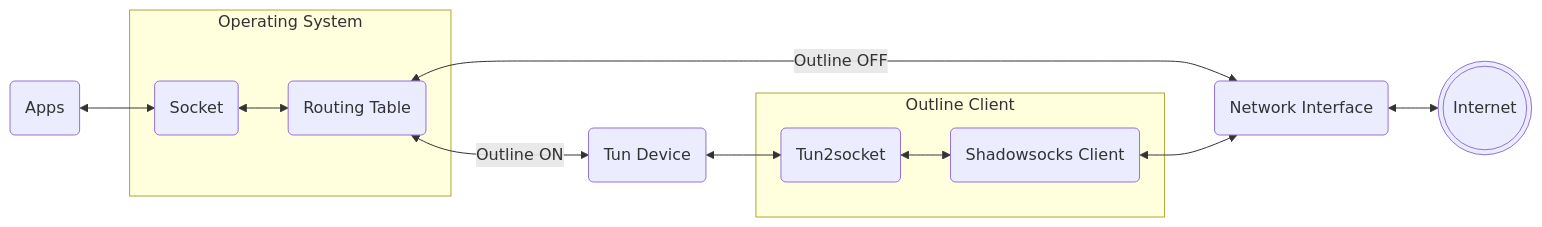
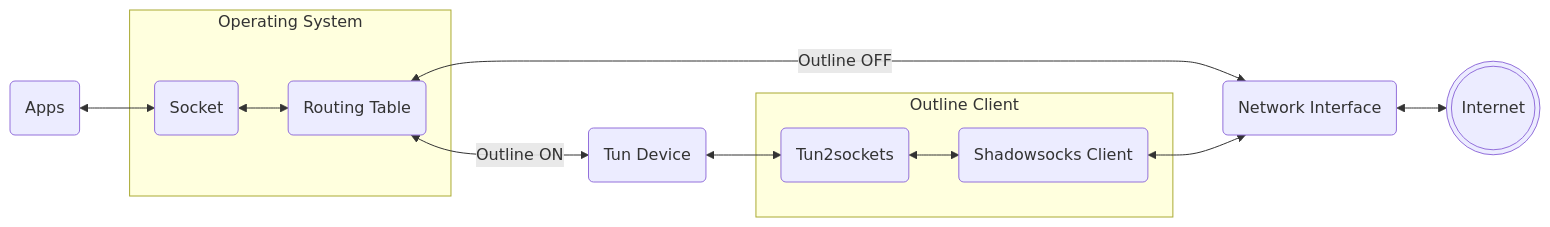
One commit to Jigsaw-Code/outline-apps changed the diagram in docs/life_of_a_packet.md. Above: the diagram before and after it, drawn with Mermaid.

````diff
--- a/docs/life_of_a_packet.md
+++ b/docs/life_of_a_packet.md
@@ -3,16 +3,16 @@
 ```mermaid
 flowchart LR
   A(Apps) <--> S(Socket)
   subgraph Operating System
     S <--> R(Routing Table)
   end
   R <-- Outline OFF --> IF(Network Interface)
   IF <--> INET(((Internet)))
   R <-- Outline ON --> TUN(Tun Device)
-  TUN <--> T2S(Tun2socket)
+  TUN <--> T2S(Tun2sockets)
   subgraph Outline Client
     T2S <--> SC(Shadowsocks Client)
   end
   SC <--> IF
   click TUN "https://en.wikipedia.org/wiki/TUN/TAP" _blank
 ```
````
